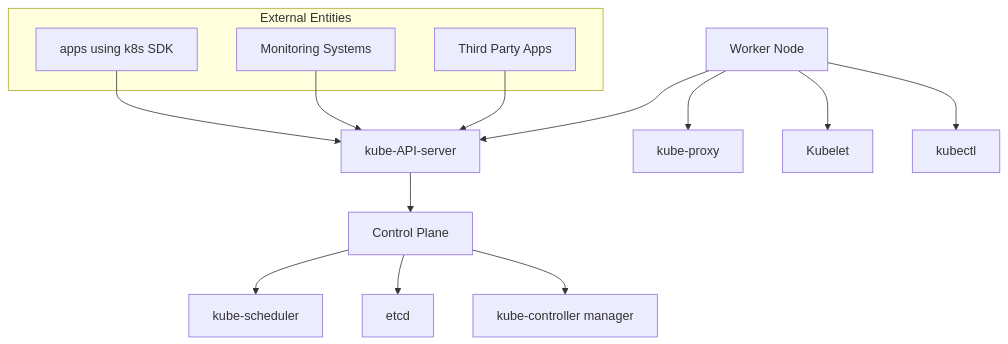
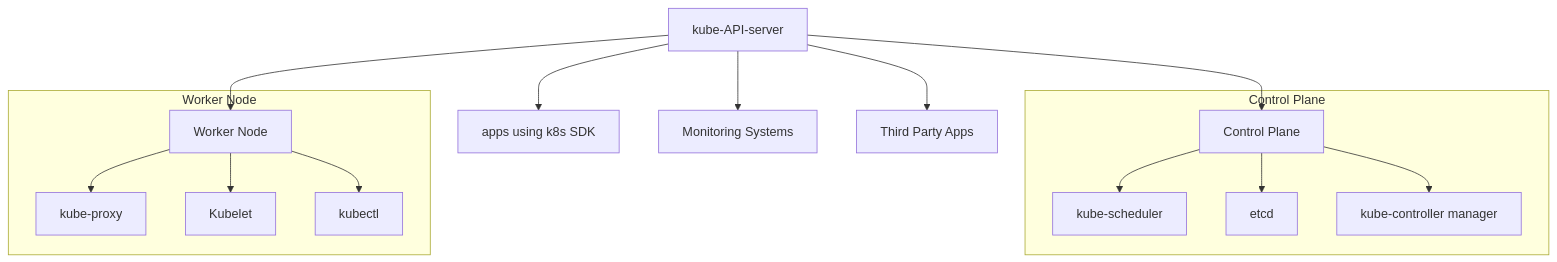
One commit to 007chiragshah/tucana changed the first of 2 diagrams in Architecture_Overview.md. Above: the diagram before and after it, drawn with Mermaid.

````diff
--- a/Architecture_Overview.md
+++ b/Architecture_Overview.md
@@ -20,22 +20,31 @@
   ```mermaid 
   graph TD
     A[kube-API-server] --> B[Control Plane]
     B --> C[kube-scheduler]
     B --> D[etcd]
     B --> E[kube-controller manager]
 
     F[Worker Node] --> G[kube-proxy]
     F --> H[Kubelet]
     F --> I[kubectl]
+
+    A --> F
+    A --> J[apps using k8s SDK]
+    A --> K[Monitoring Systems]
+    A --> L[Third Party Apps]
     
-    subgraph "External Entities"
-        J[apps using k8s SDK]
-        K[Monitoring Systems]
-        L[Third Party Apps]
+    subgraph "Control Plane"
+        B
+        C
+        D
+        E
     end
     
-    J --> A
-    K --> A
-    L --> A
-    F --> A
+    subgraph "Worker Node"
+        F
+        G
+        H
+        I
+    end
+
   ```
````
